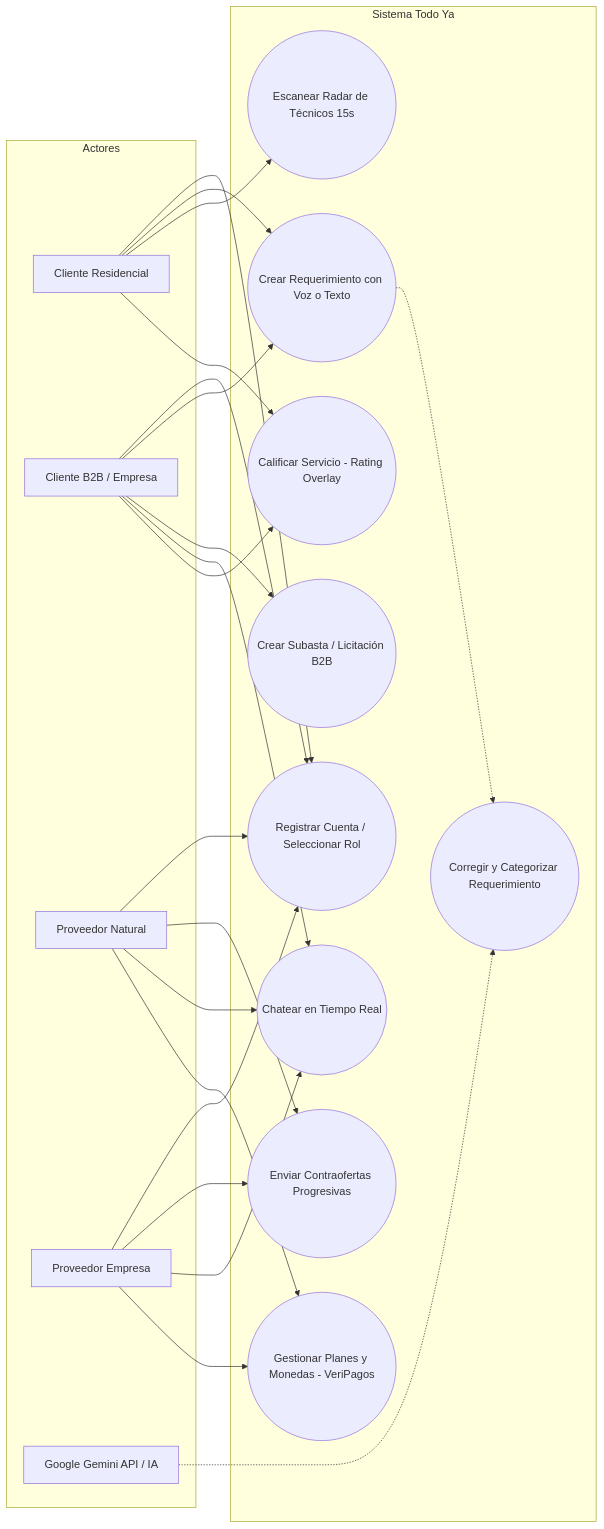
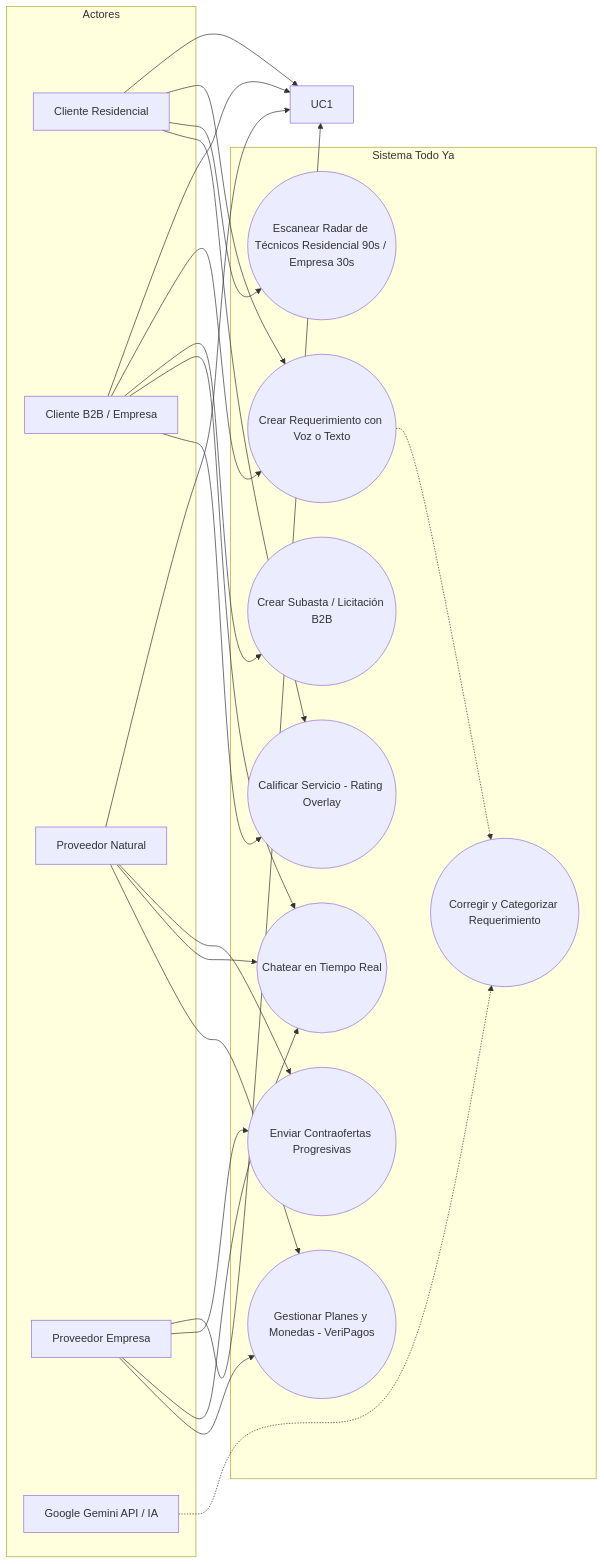
The fifth of 5 diagrams in FICHA_TECNICA.md (Todo-Yaa/TodoYa), drawn with Mermaid before and after one commit. The commit also changed other lines of this file and 5 other files, not shown here.

````diff
--- a/FICHA_TECNICA.md
+++ b/FICHA_TECNICA.md
@@ -352,46 +353,45 @@
 ```mermaid
 graph LR
     subgraph Actores
         CR[Cliente Residencial]
         CC[Cliente B2B / Empresa]
         PN[Proveedor Natural]
         PE[Proveedor Empresa]
         IA[Google Gemini API / IA]
     end
 
     subgraph Sistema Todo Ya
-        UC1((Registrar Cuenta / Seleccionar Rol))
         UC2((Crear Requerimiento con Voz o Texto))
         UC3((Corregir y Categorizar Requerimiento))
-        UC4((Escanear Radar de Técnicos 15s))
+        UC4((Escanear Radar de Técnicos Residencial 90s / Empresa 30s))
         UC5((Crear Subasta / Licitación B2B))
         UC6((Enviar Contraofertas Progresivas))
         UC7((Chatear en Tiempo Real))
         UC8((Calificar Servicio - Rating Overlay))
         UC9((Gestionar Planes y Monedas - VeriPagos))
     end
 
     CR --> UC1
     CR --> UC2
     CR --> UC4
     CR --> UC8
 
     CC --> UC1
     CC --> UC2
     CC --> UC5
     CC --> UC7
     CC --> UC8
 
     PN --> UC1
     PN --> UC6
     PN --> UC7
     PN --> UC9
 
     PE --> UC1
     PE --> UC6
     PE --> UC7
     PE --> UC9
 
     IA -.-> UC3
     UC2 -.-> UC3
 ```
````
